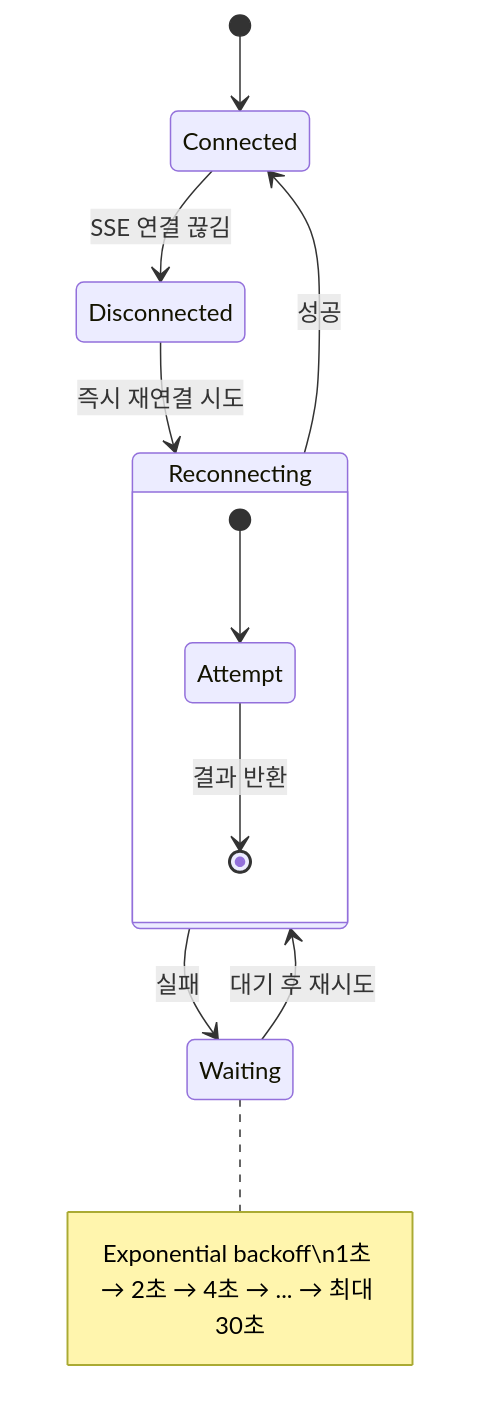
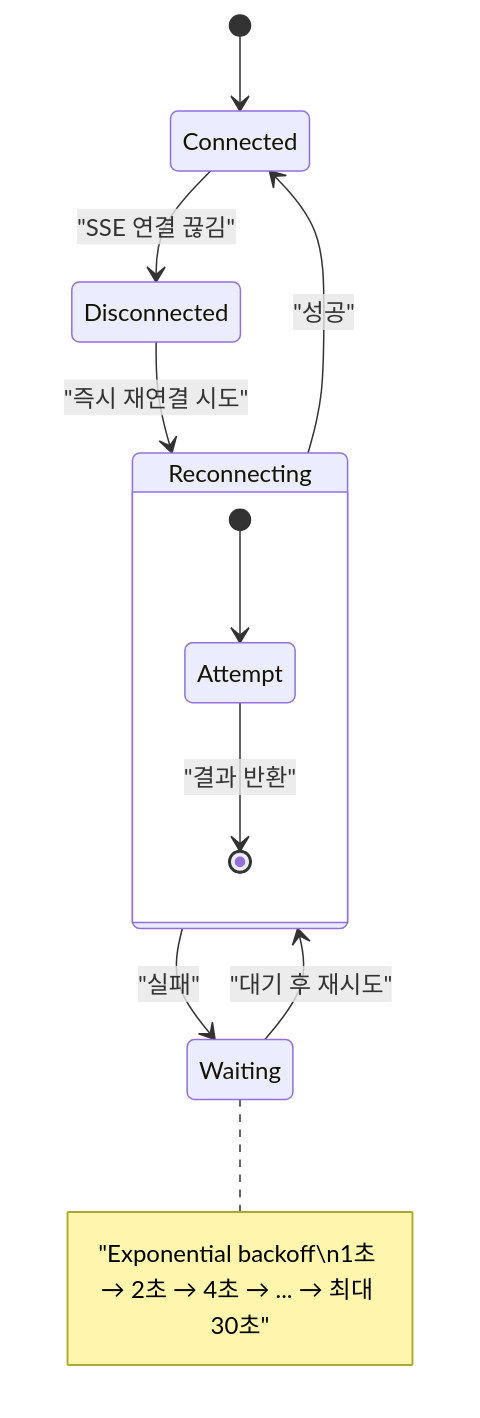
One commit to sayaya1090/handbook changed the second of 3 diagrams in docs/error-handling.md. Above: the diagram before and after it, drawn with Mermaid. The commit also changed other lines of this file and 22 other files, not shown here.

First line of the commit message:
docs: Mermaid 다이어그램 렌더링 오류 수정을 위한 구문 전수 교정

````diff
--- a/docs/error-handling.md
+++ b/docs/error-handling.md
@@ -134,15 +134,15 @@
 ```mermaid
 stateDiagram-v2
     [*] --> Connected
-    Connected --> Disconnected: SSE 연결 끊김
-    Disconnected --> Reconnecting: 즉시 재연결 시도
-    Reconnecting --> Connected: 성공
-    Reconnecting --> Waiting: 실패
-    Waiting --> Reconnecting: 대기 후 재시도
-    Note right of Waiting: Exponential backoff\n1초 → 2초 → 4초 → ... → 최대 30초
+    Connected --> Disconnected: "SSE 연결 끊김"
+    Disconnected --> Reconnecting: "즉시 재연결 시도"
+    Reconnecting --> Connected: "성공"
+    Reconnecting --> Waiting: "실패"
+    Waiting --> Reconnecting: "대기 후 재시도"
+    Note right of Waiting: "Exponential backoff\n1초 → 2초 → 4초 → ... → 최대 30초"
 
     state Reconnecting {
         [*] --> Attempt
-        Attempt --> [*]: 결과 반환
+        Attempt --> [*]: "결과 반환"
     }
 ```
````
